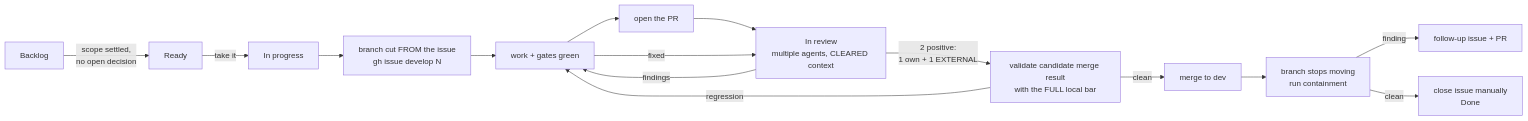
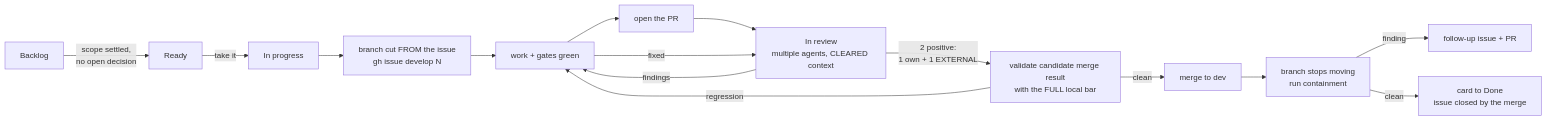
Before and after one commit to kebag-logic/milan-fpga: the diagram in CONTRIBUTING.md, drawn with Mermaid. The commit also changed other lines of this file and 3 other files, not shown here.

````diff
--- a/CONTRIBUTING.md
+++ b/CONTRIBUTING.md
@@ -50,17 +50,17 @@
 ```mermaid
 flowchart LR
     B[Backlog] -->|scope settled,<br/>no open decision| R[Ready]
     R -->|take it| P[In progress]
     P --> BR[branch cut FROM the issue<br/>gh issue develop N]
     BR --> W[work + gates green]
     W --> PR[open the PR]
     PR --> RV[In review<br/>multiple agents, CLEARED context]
     RV -->|findings| W
     W -->|fixed| RV
     RV -->|2 positive:<br/>1 own + 1 EXTERNAL| G[validate candidate merge result<br/>with the FULL local bar]
     G -->|regression| W
     G -->|clean| M[merge to dev]
     M --> C[branch stops moving<br/>run containment]
     C -->|finding| F[follow-up issue + PR]
-    C -->|clean| D[close issue manually<br/>Done]
+    C -->|clean| D[card to Done<br/>issue closed by the merge]
 ```
````
